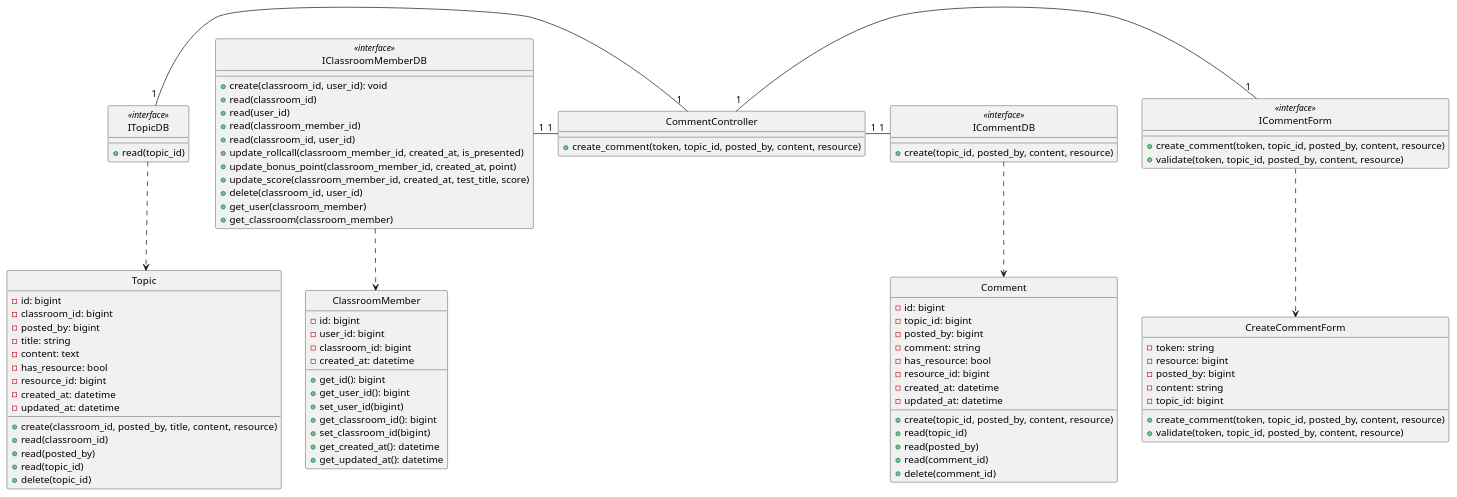
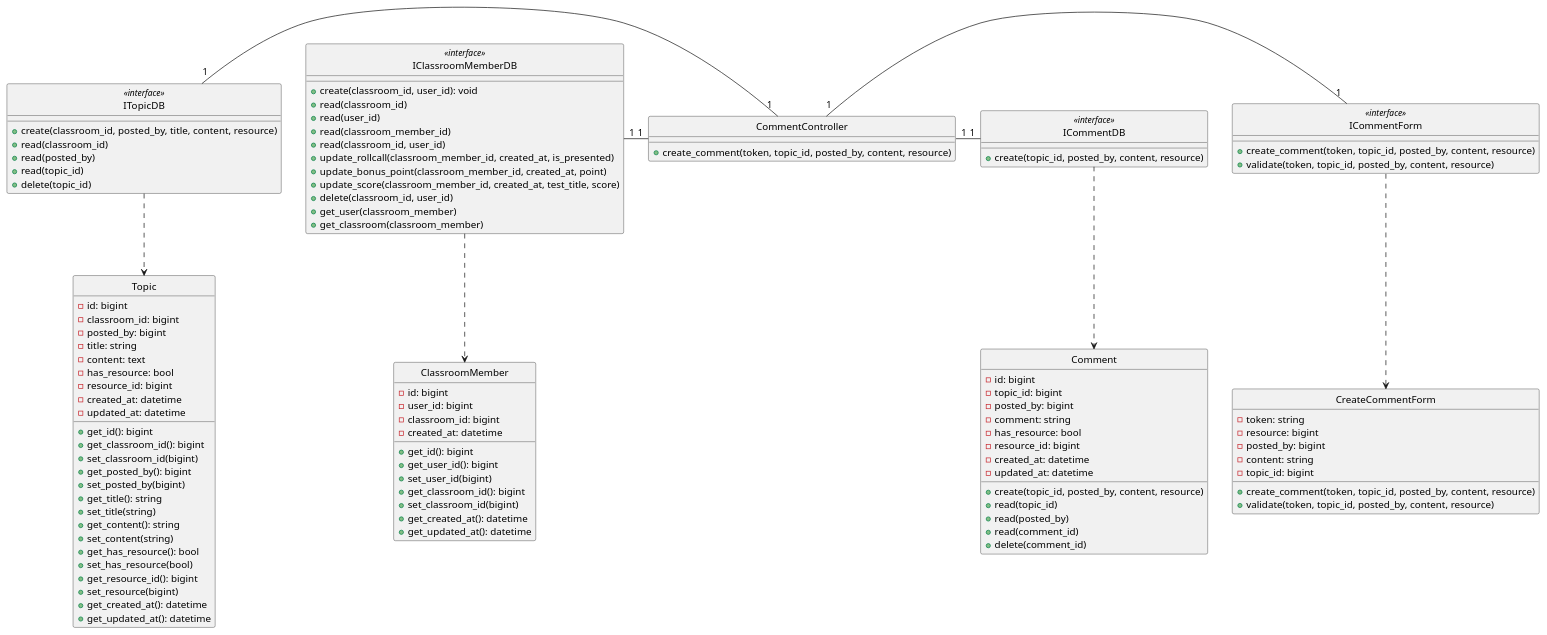
One commit to anonyhostvn/OOAD-Diagram changed the diagram in class - design/comment/createComment.plantuml. Above: the diagram before and after it, drawn with PlantUML. The commit also changed 8 other files, not shown here.

```diff
--- a/class - design/comment/createComment.plantuml
+++ b/class - design/comment/createComment.plantuml
@@ -1,118 +1,132 @@
 @startuml createComment
 
 class CreateCommentForm {
     - token: string
     - resource: bigint
     - posted_by: bigint
     - content: string
     - topic_id: bigint
 
     + create_comment(token, topic_id, posted_by, content, resource)
     + validate(token, topic_id, posted_by, content, resource)
 }
 
 class ICommentForm <<interface>> {
     + create_comment(token, topic_id, posted_by, content, resource)
     + validate(token, topic_id, posted_by, content, resource)
 }
 
 class CommentController {
     + create_comment(token, topic_id, posted_by, content, resource)
 }
 
 class ClassroomMember {
     - id: bigint
     - user_id: bigint
     - classroom_id: bigint
     - created_at: datetime
 
     + get_id(): bigint
     + get_user_id(): bigint
     + set_user_id(bigint)
     + get_classroom_id(): bigint
     + set_classroom_id(bigint)
     + get_created_at(): datetime
     + get_updated_at(): datetime
 }
 
 class IClassroomMemberDB <<interface>> {
     + create(classroom_id, user_id): void
     + read(classroom_id)
     + read(user_id)
     + read(classroom_member_id)
     + read(classroom_id, user_id)
     + update_rollcall(classroom_member_id, created_at, is_presented)
     + update_bonus_point(classroom_member_id, created_at, point)
     + update_score(classroom_member_id, created_at, test_title, score)
     + delete(classroom_id, user_id)
     + get_user(classroom_member)
     + get_classroom(classroom_member)
 }
 
 
 class Topic {
     - id: bigint
     - classroom_id: bigint
     - posted_by: bigint
     - title: string
     - content: text
     - has_resource: bool
     - resource_id: bigint
     - created_at: datetime
     - updated_at: datetime
 
+    + get_id(): bigint
+    + get_classroom_id(): bigint
+    + set_classroom_id(bigint)
+    + get_posted_by(): bigint
+    + set_posted_by(bigint)
+    + get_title(): string
+    + set_title(string)
+    + get_content(): string
+    + set_content(string)
+    + get_has_resource(): bool
+    + set_has_resource(bool)
+    + get_resource_id(): bigint
+    + set_resource(bigint)
+    + get_created_at(): datetime
+    + get_updated_at(): datetime
+}
+
+class ITopicDB <<interface>> {
     + create(classroom_id, posted_by, title, content, resource)
     + read(classroom_id)
     + read(posted_by)
     + read(topic_id)
     + delete(topic_id)
-}
-
-class ITopicDB <<interface>> {
-    + read(topic_id)
 }
 
 
 class Comment {
     - id: bigint
     - topic_id: bigint
     - posted_by: bigint
     - comment: string
     - has_resource: bool
     - resource_id: bigint
     - created_at: datetime
     - updated_at: datetime
 
     + create(topic_id, posted_by, content, resource)
     + read(topic_id)
     + read(posted_by)
     + read(comment_id)
     + delete(comment_id)
 }
 
 class ICommentDB <<interface>> {
     + create(topic_id, posted_by, content, resource)
 }
 
 hide CreateCommentForm circle
 hide ICommentForm <<interface>> circle
 hide CommentController circle
 hide IClassroomMemberDB <<interface>> circle
 hide ClassroomMember circle
 hide ITopicDB <<interface>> circle
 hide Topic circle 
 hide ICommentDB <<interface>> circle
 hide Comment circle 
 
 
 ICommentForm .down.> CreateCommentForm
 IClassroomMemberDB .down.> ClassroomMember
 ITopicDB .down.> Topic
 ICommentDB .down.> Comment
 ICommentForm "1"-left-"1" CommentController
 CommentController "1"-left-"1" IClassroomMemberDB
 CommentController "1"-left-"1" ITopicDB
 CommentController "1"-right-"1" ICommentDB
 
 
 @enduml
```
